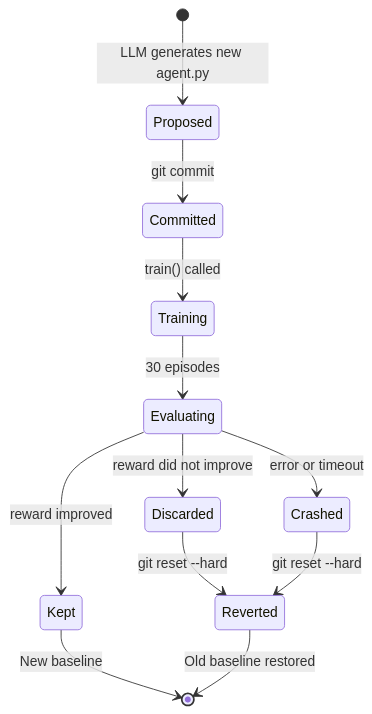
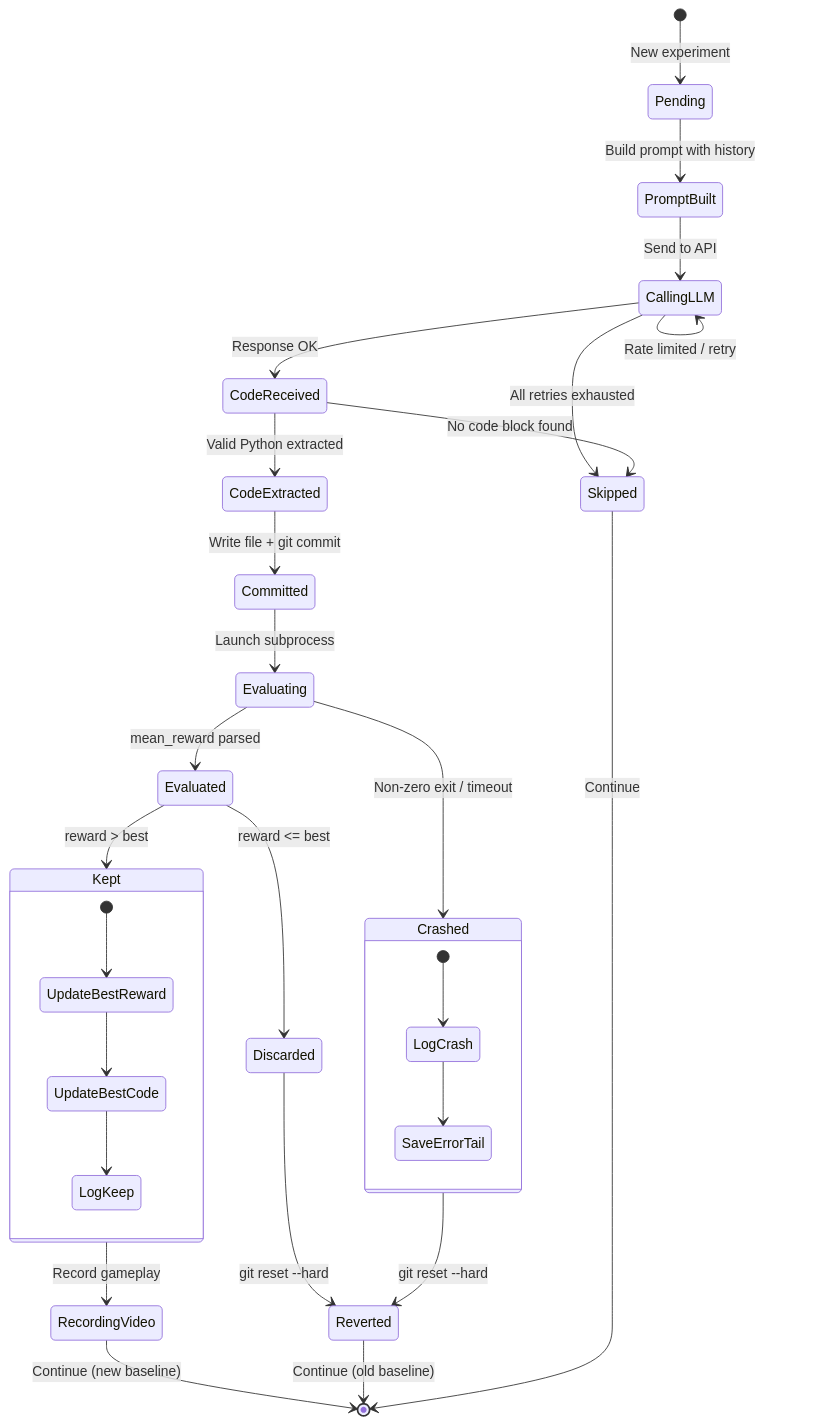
One commit to shehabyasser-scale/autoresearch-hack changed the fifth of 21 diagrams in atari/README.md. Above: the diagram before and after it, drawn with Mermaid. The commit also changed other lines of this file and 2 other files, not shown here.

First line of the commit message:
feat: auto-record gameplay videos on kept experiments + merge architecture docs into atari README

````diff
--- a/atari/README.md
+++ b/atari/README.md
@@ -254,18 +410,43 @@
 ```mermaid
 stateDiagram-v2
-    [*] --> Proposed: LLM generates new agent.py
+    [*] --> Pending: New experiment
 
-    Proposed --> Committed: git commit
+    Pending --> PromptBuilt: Build prompt with history
 
-    Committed --> Training: train() called
-    Training --> Evaluating: 30 episodes
+    PromptBuilt --> CallingLLM: Send to API
 
-    Evaluating --> Kept: reward improved
-    Evaluating --> Discarded: reward did not improve
-    Evaluating --> Crashed: error or timeout
+    CallingLLM --> CallingLLM: Rate limited / retry
+    CallingLLM --> Skipped: All retries exhausted
+    CallingLLM --> CodeReceived: Response OK
 
-    Kept --> [*]: New baseline
+    CodeReceived --> Skipped: No code block found
+    CodeReceived --> CodeExtracted: Valid Python extracted
+
+    CodeExtracted --> Committed: Write file + git commit
+
+    Committed --> Evaluating: Launch subprocess
+
+    Evaluating --> Crashed: Non-zero exit / timeout
+    Evaluating --> Evaluated: mean_reward parsed
+
+    Crashed --> Reverted: git reset --hard
+    Evaluated --> Kept: reward > best
+    Evaluated --> Discarded: reward <= best
     Discarded --> Reverted: git reset --hard
-    Crashed --> Reverted: git reset --hard
-    Reverted --> [*]: Old baseline restored
+
+    Kept --> RecordingVideo: Record gameplay
+    RecordingVideo --> [*]: Continue (new baseline)
+    Reverted --> [*]: Continue (old baseline)
+    Skipped --> [*]: Continue
+
+    state Kept {
+        [*] --> UpdateBestReward
+        UpdateBestReward --> UpdateBestCode
+        UpdateBestCode --> LogKeep
+    }
+
+    state Crashed {
+        [*] --> LogCrash
+        LogCrash --> SaveErrorTail
+    }
 ```
````
